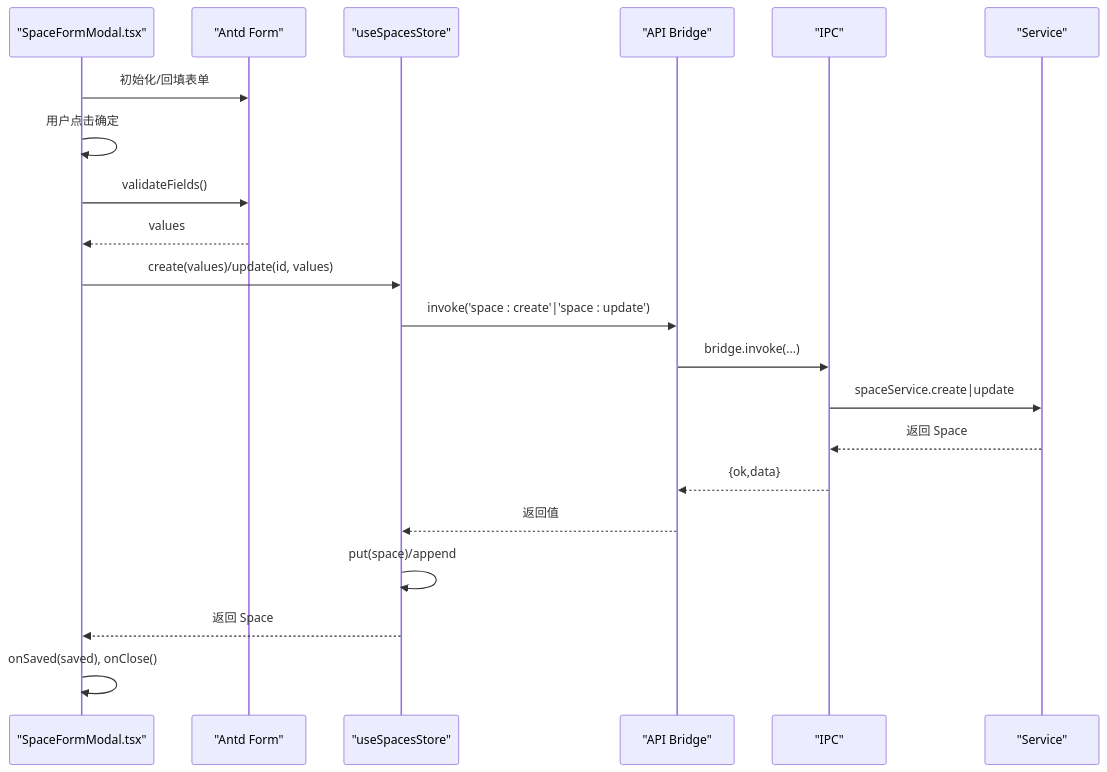
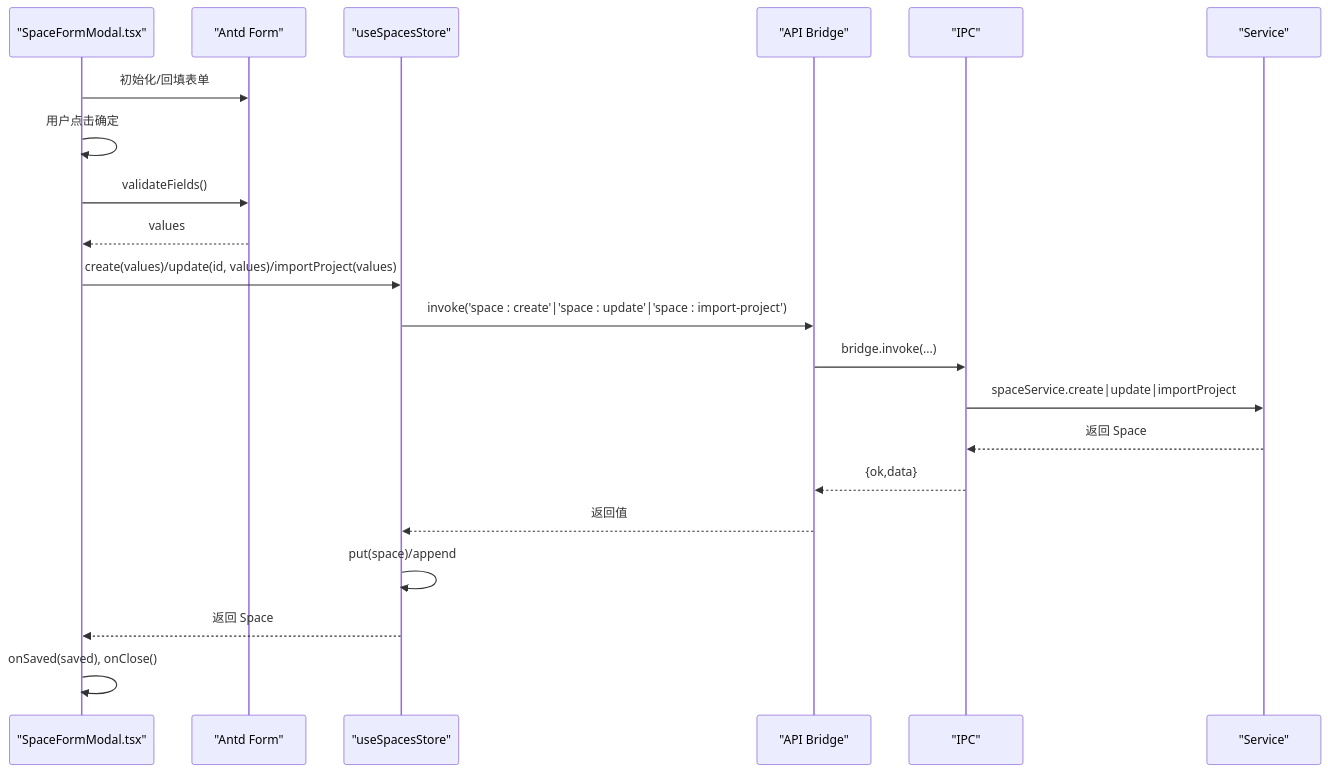
The fifth of 8 diagrams in .qoder/repowiki/zh/content/前端应用架构/页面组件/空间管理页面.md (hozeeee/script-box), drawn with Mermaid before and after one commit. The commit also changed other lines of this file and 76 other files, not shown here.

````diff
--- a/.qoder/repowiki/zh/content/前端应用架构/页面组件/空间管理页面.md
+++ b/.qoder/repowiki/zh/content/前端应用架构/页面组件/空间管理页面.md
@@ -208,23 +240,23 @@
 ```mermaid
 sequenceDiagram
 participant M as "SpaceFormModal.tsx"
 participant F as "Antd Form"
 participant S as "useSpacesStore"
 participant A as "API Bridge"
 participant I as "IPC"
 participant V as "Service"
 M->>F : 初始化/回填表单
 M->>M : 用户点击确定
 M->>F : validateFields()
 F-->>M : values
-M->>S : create(values)/update(id, values)
-S->>A : invoke('space : create'|'space : update')
+M->>S : create(values)/update(id, values)/importProject(values)
+S->>A : invoke('space : create'|'space : update'|'space : import-project')
 A->>I : bridge.invoke(...)
-I->>V : spaceService.create|update
+I->>V : spaceService.create|update|importProject
 V-->>I : 返回 Space
 I-->>A : {ok,data}
 A-->>S : 返回值
 S->>S : put(space)/append
 S-->>M : 返回 Space
 M->>M : onSaved(saved), onClose()
 ```
````
